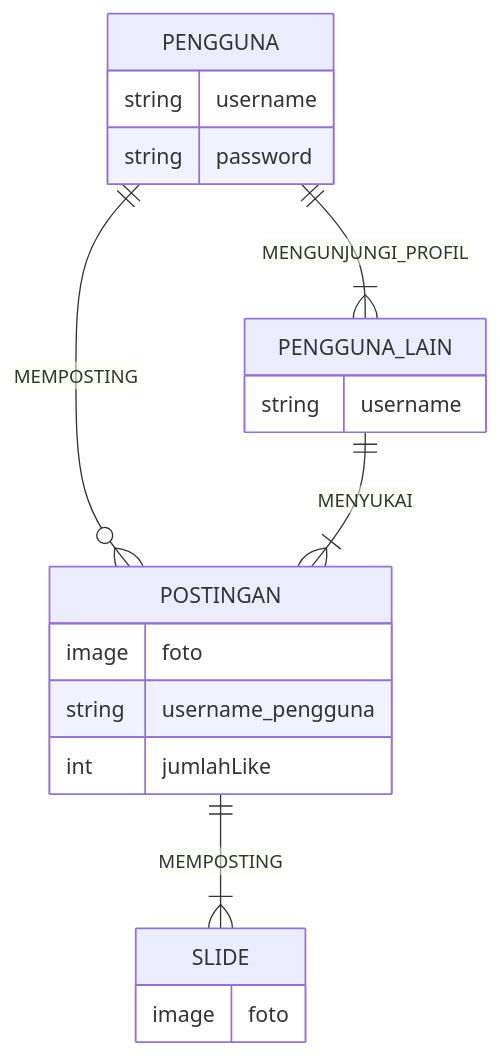
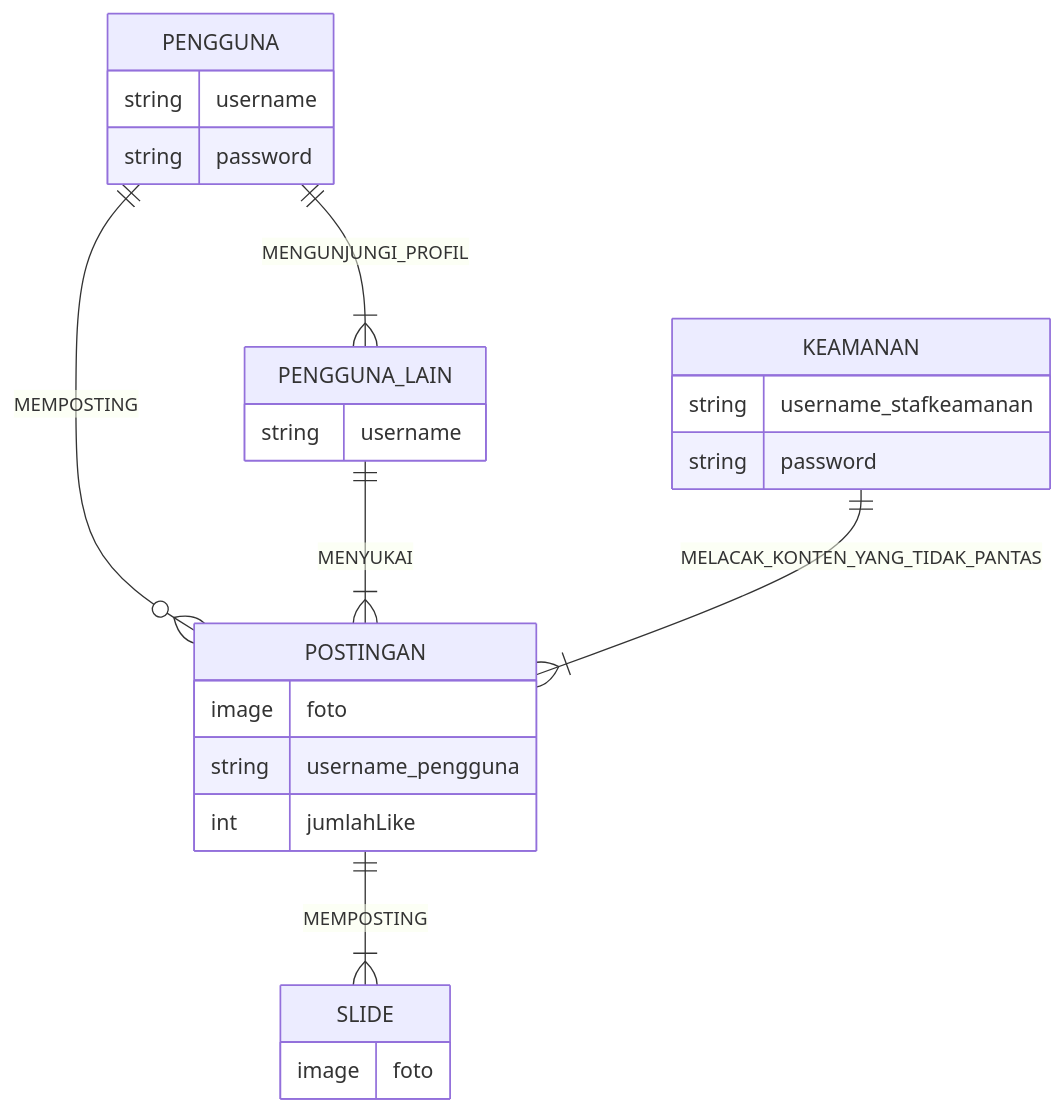
One commit to naabilahkarim/UTS-IF-NABILAHKARIM changed the diagram in uts.md. Above: the diagram before and after it, drawn with Mermaid.

````diff
--- a/uts.md
+++ b/uts.md
@@ -53,25 +53,33 @@
 ```mermaid
 erDiagram
     PENGGUNA ||--o{ POSTINGAN : MEMPOSTING
     PENGGUNA {
       string username
       string password
     }
 
     PENGGUNA_LAIN ||--|{ POSTINGAN : MENYUKAI
     PENGGUNA_LAIN {
       string username
 
     }
 
     POSTINGAN {
       image foto
       string username_pengguna
       int jumlahLike
     }
     PENGGUNA ||--|{ PENGGUNA_LAIN : MENGUNJUNGI_PROFIL
     POSTINGAN ||--|{ SLIDE : MEMPOSTING
     SLIDE{
         image foto
     }
+
+    KEAMANAN{
+        string username_stafkeamanan
+        string password
+    }
+
+    KEAMANAN ||--|{POSTINGAN : MELACAK_KONTEN_YANG_TIDAK_PANTAS
+     
 ```
````
